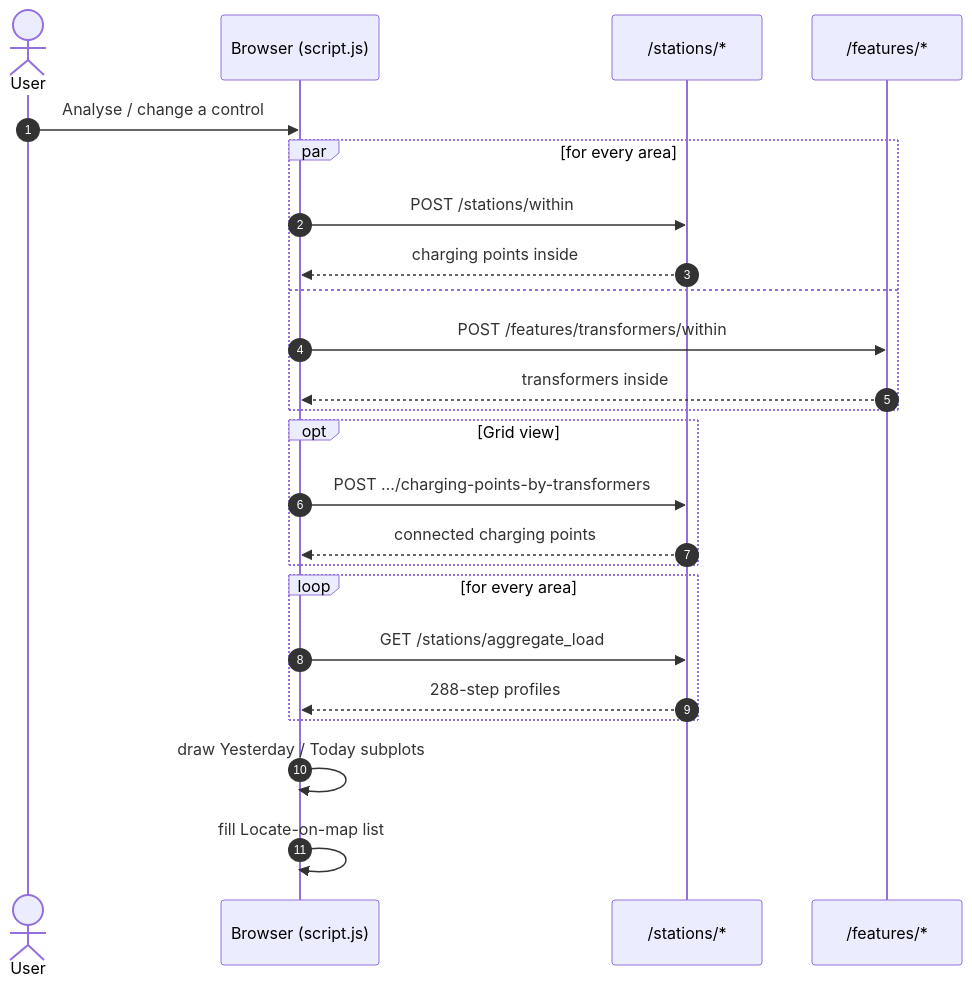
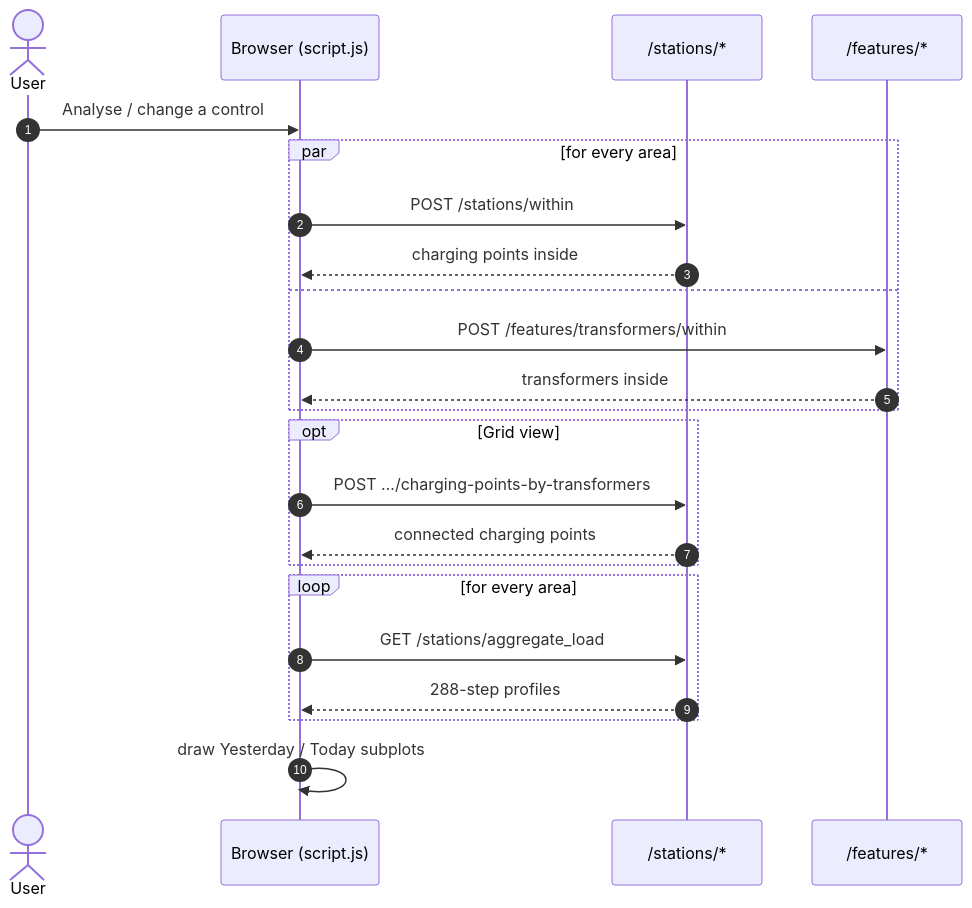
One commit to StavrosOrf/EPIOT changed the diagram in docs/user-guide/load-profiles.md. Above: the diagram before and after it, drawn with Mermaid. The commit also changed other lines of this file and 44 other files, not shown here.

````diff
--- a/docs/user-guide/load-profiles.md
+++ b/docs/user-guide/load-profiles.md
@@ -95,26 +87,25 @@
 ```{mermaid}
 sequenceDiagram
     autonumber
     actor U as User
     participant FE as Browser (script.js)
     participant ST as /stations/*
     participant FT as /features/*
     U->>FE: Analyse / change a control
     par for every area
         FE->>ST: POST /stations/within
         ST-->>FE: charging points inside
     and
         FE->>FT: POST /features/transformers/within
         FT-->>FE: transformers inside
     end
     opt Grid view
         FE->>ST: POST …/charging-points-by-transformers
         ST-->>FE: connected charging points
     end
     loop for every area
         FE->>ST: GET /stations/aggregate_load
         ST-->>FE: 288-step profiles
     end
     FE->>FE: draw Yesterday / Today subplots
-    FE->>FE: fill Locate-on-map list
 ```
````
